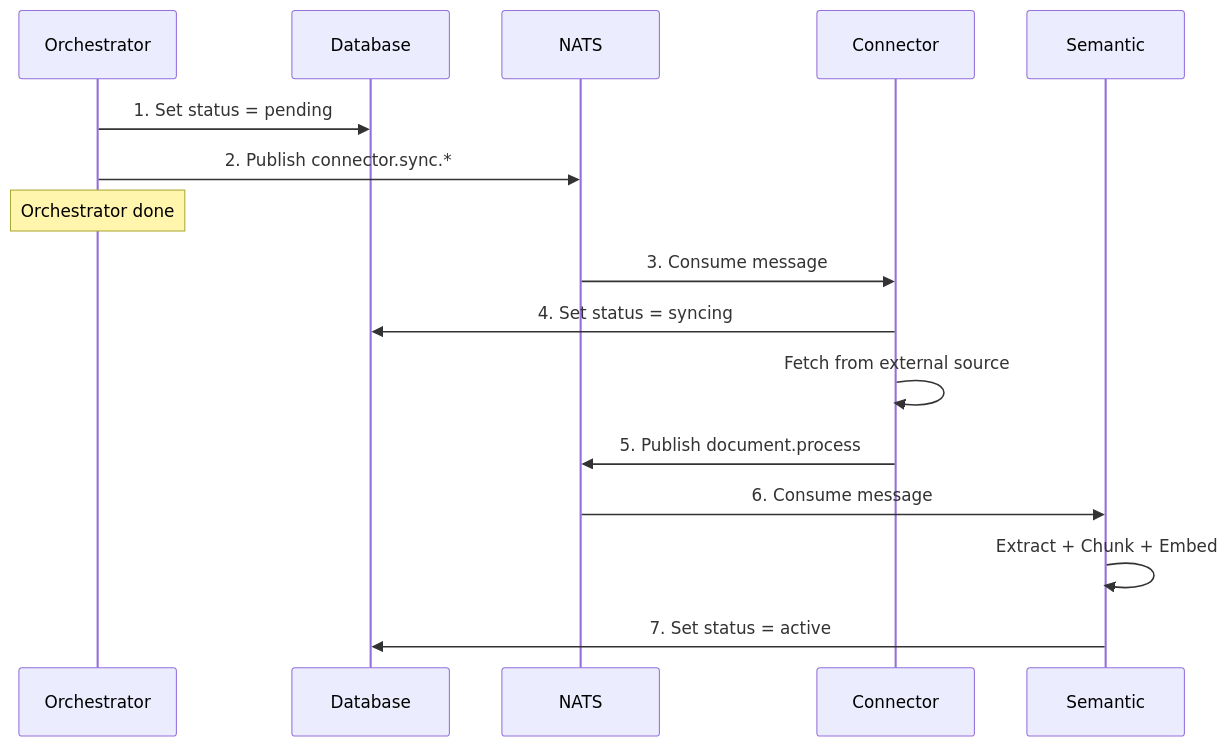
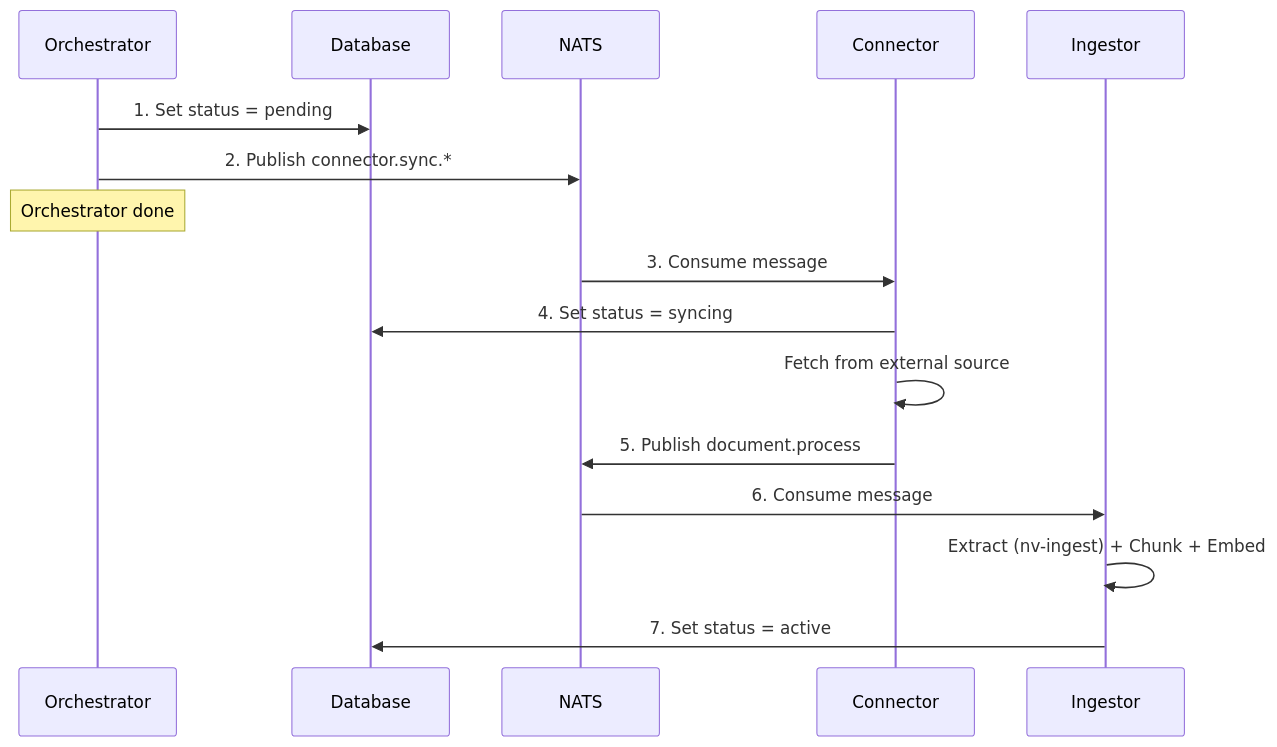
Before and after one commit to gen-mind/EchoMind: the fifth of 5 diagrams in docs/services/orchestrator-service.md, drawn with Mermaid. The commit also changed other lines of this file and 3 other files, not shown here.

Commit message:
migrating from semantic to ingestor

````diff
--- a/docs/services/orchestrator-service.md
+++ b/docs/services/orchestrator-service.md
@@ -418,21 +418,21 @@
 ```mermaid
 sequenceDiagram
     participant O as Orchestrator
     participant DB as Database
     participant N as NATS
     participant C as Connector
-    participant S as Semantic
+    participant I as Ingestor
 
     O->>DB: 1. Set status = pending
     O->>N: 2. Publish connector.sync.*
     Note over O: Orchestrator done
 
     N->>C: 3. Consume message
     C->>DB: 4. Set status = syncing
     C->>C: Fetch from external source
     C->>N: 5. Publish document.process
 
-    N->>S: 6. Consume message
-    S->>S: Extract + Chunk + Embed
-    S->>DB: 7. Set status = active
+    N->>I: 6. Consume message
+    I->>I: Extract (nv-ingest) + Chunk + Embed
+    I->>DB: 7. Set status = active
 ```
````
